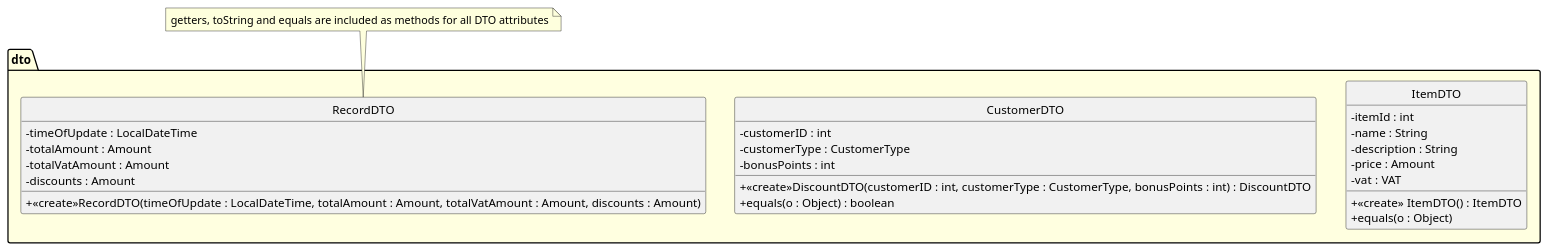
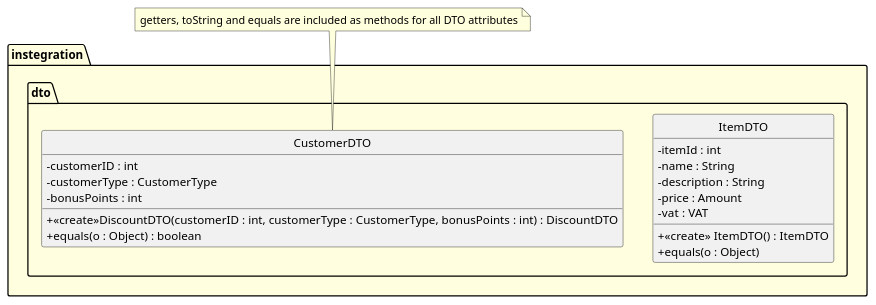
Before and after one commit to VincentFerrigan/kth-iv1350-object-oriented-design: the fourth of 15 diagrams in uml/uml_v3.puml, drawn with PlantUML. The commit also changed other lines of this file and 35 other files, not shown here.

First line of the commit message:
UML and GoF (#43)

```diff
--- a/uml/uml_v3.puml
+++ b/uml/uml_v3.puml
@@ -493,39 +532,34 @@
 @startuml
 'title DTO
 ' //TODO Ska vi ha en customerDTO och customerDb?
 ' //TODO Ska DTO:erna flyttas till CD?
 hide circle
 skinparam ClassAttributeIconSize 0
 skinparam linetype ortho
 skinparam package {
     BackgroundColor LightYellow
 }
+package instegration {
     package dto {
         class ItemDTO{
             - itemId : int
             - name : String
             - description : String
             - price : Amount
             - vat : VAT
             +<<create>> ItemDTO() : ItemDTO
             + equals(o : Object)
         }
         class CustomerDTO{
 '            // TODO ska discount finnas med i SaleDTO?
             - customerID : int
             - customerType : CustomerType
             - bonusPoints : int
             +<<create>>DiscountDTO(customerID : int, customerType : CustomerType, bonusPoints : int) : DiscountDTO
             + equals(o : Object) : boolean
 '        note bottom : Attributes TBD based on Discount Rules.
         }
-        class RecordDTO{
-        - timeOfUpdate : LocalDateTime
-        - totalAmount : Amount
-        - totalVatAmount : Amount
-        - discounts : Amount
-        +<<create>>RecordDTO(timeOfUpdate : LocalDateTime, totalAmount : Amount, totalVatAmount : Amount, discounts : Amount)
-        }
     }
+}
 note top: getters, toString and equals are included as methods for all DTO attributes
 @enduml
```
